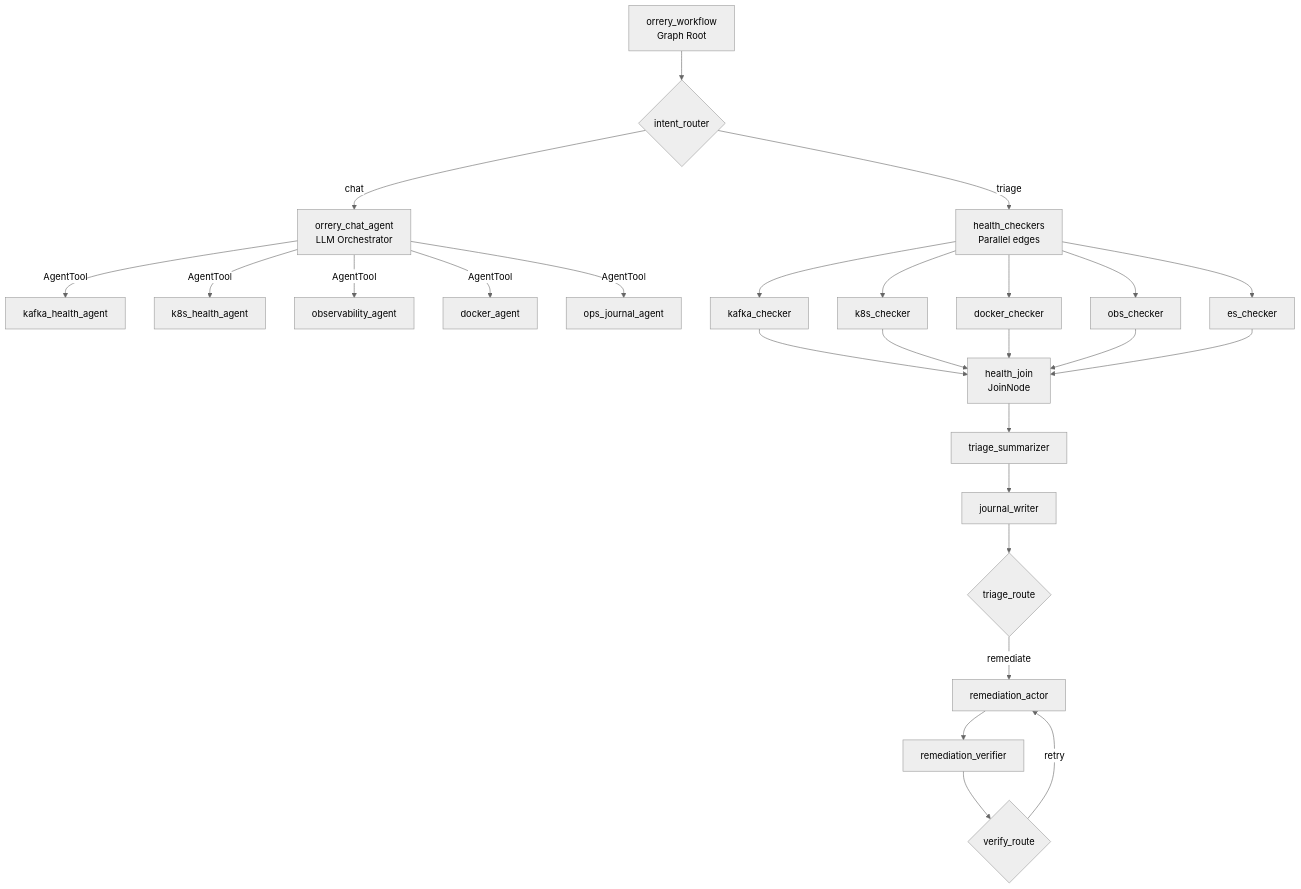
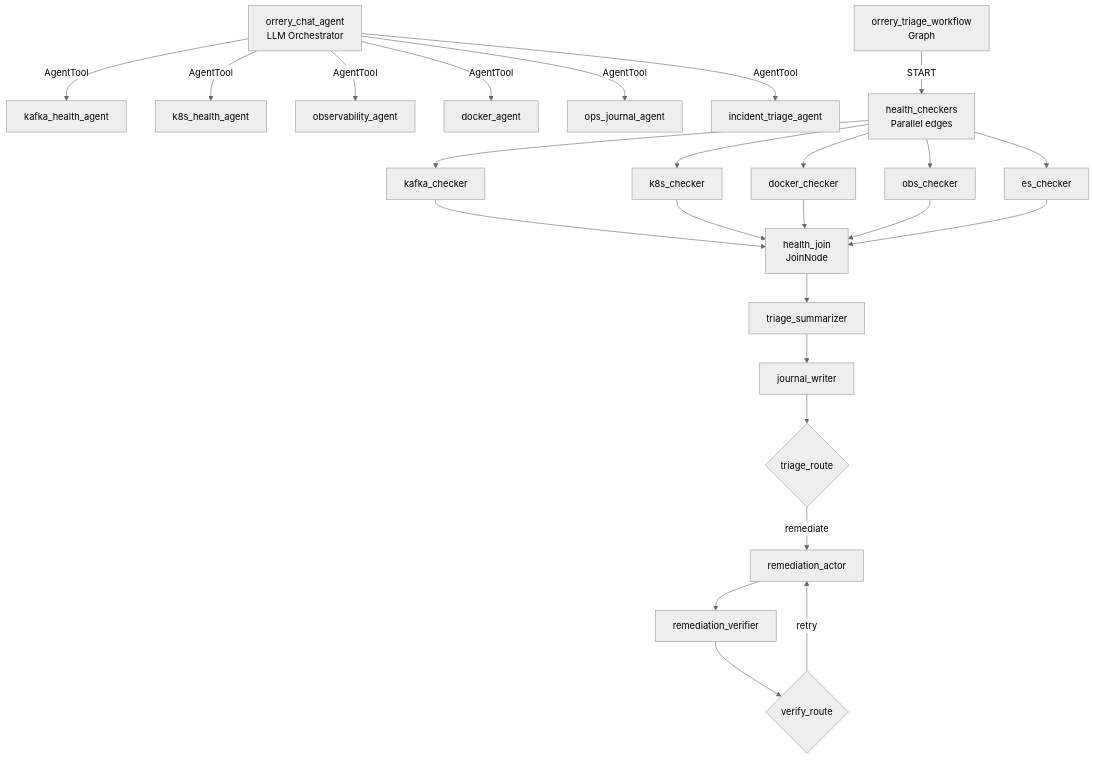
One commit to BAHALLA/ai-agents changed the diagram in docs/agent-design-patterns.md. Above: the diagram before and after it, drawn with Mermaid (neutral theme). The commit also changed other lines of this file and 10 other files, not shown here.

First line of the commit message:
docs: correct architectural diagrams and text to reflect LlmAgent root

````diff
--- a/docs/agent-design-patterns.md
+++ b/docs/agent-design-patterns.md
@@ -21,31 +21,28 @@
 ```mermaid
 graph TD
-    ROOT[orrery_workflow<br/>Graph Root]
-    ROUTER{intent_router}
-    CHAT[orrery_chat_agent<br/>LLM Orchestrator]
+    ROOT[orrery_chat_agent<br/>LLM Orchestrator]
 
-    ROOT --> ROUTER
-    ROUTER -->|chat| CHAT
+    ROOT -->|AgentTool| KAFKA[kafka_health_agent]
+    ROOT -->|AgentTool| K8S[k8s_health_agent]
+    ROOT -->|AgentTool| OBS[observability_agent]
+    ROOT -->|AgentTool| DOCKER[docker_agent]
+    ROOT -->|AgentTool| JOURNAL[ops_journal_agent]
+    ROOT -->|AgentTool| TRIAGE[incident_triage_agent]
     
-    CHAT -->|AgentTool| KAFKA[kafka_health_agent]
-    CHAT -->|AgentTool| K8S[k8s_health_agent]
-    CHAT -->|AgentTool| OBS[observability_agent]
-    CHAT -->|AgentTool| DOCKER[docker_agent]
-    CHAT -->|AgentTool| JOURNAL[ops_journal_agent]
-    
-    ROUTER -->|triage| HC[health_checkers<br/>Parallel edges]
+    WORKFLOW[orrery_triage_workflow<br/>Graph]
+    WORKFLOW -->|START| HC[health_checkers<br/>Parallel edges]
     HC --> HC1[kafka_checker]
     HC --> HC2[k8s_checker]
     HC --> HC3[docker_checker]
     HC --> HC4[obs_checker]
     HC --> HC5[es_checker]
     HC1 & HC2 & HC3 & HC4 & HC5 --> HJ[health_join<br/>JoinNode]
     HJ --> SUM[triage_summarizer]
     SUM --> JW[journal_writer]
     JW --> TROUTE{triage_route}
 
     TROUTE -->|remediate| ACT[remediation_actor]
     ACT --> VER[remediation_verifier]
     VER --> VROUTE{verify_route}
     VROUTE -->|retry| ACT
 ```
````
